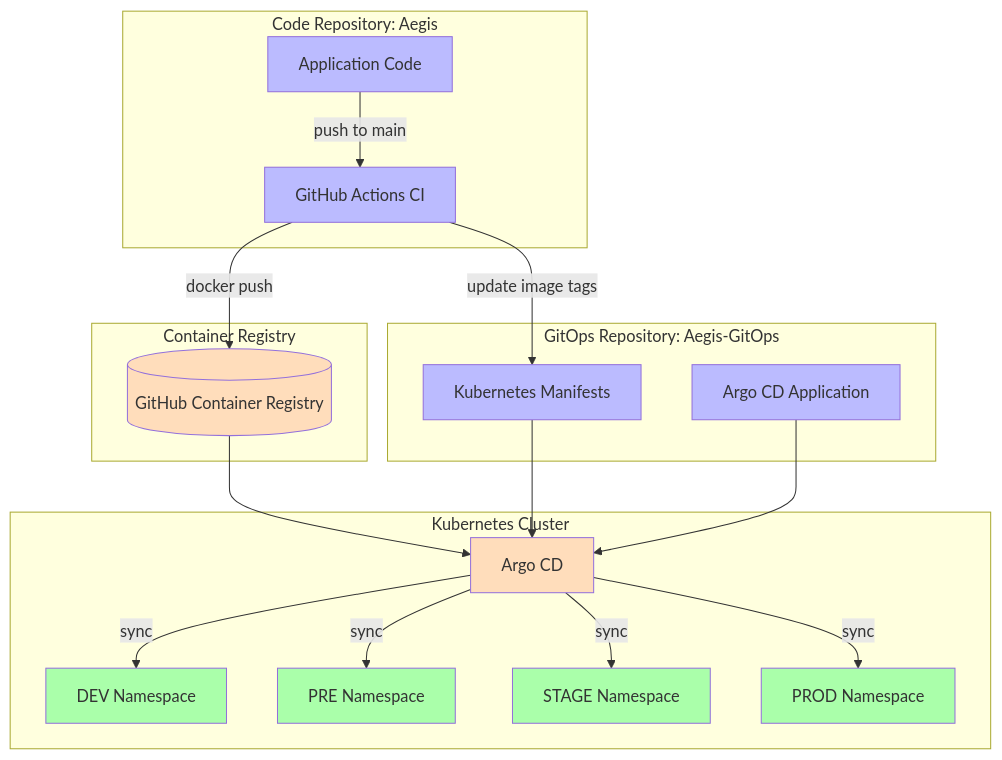
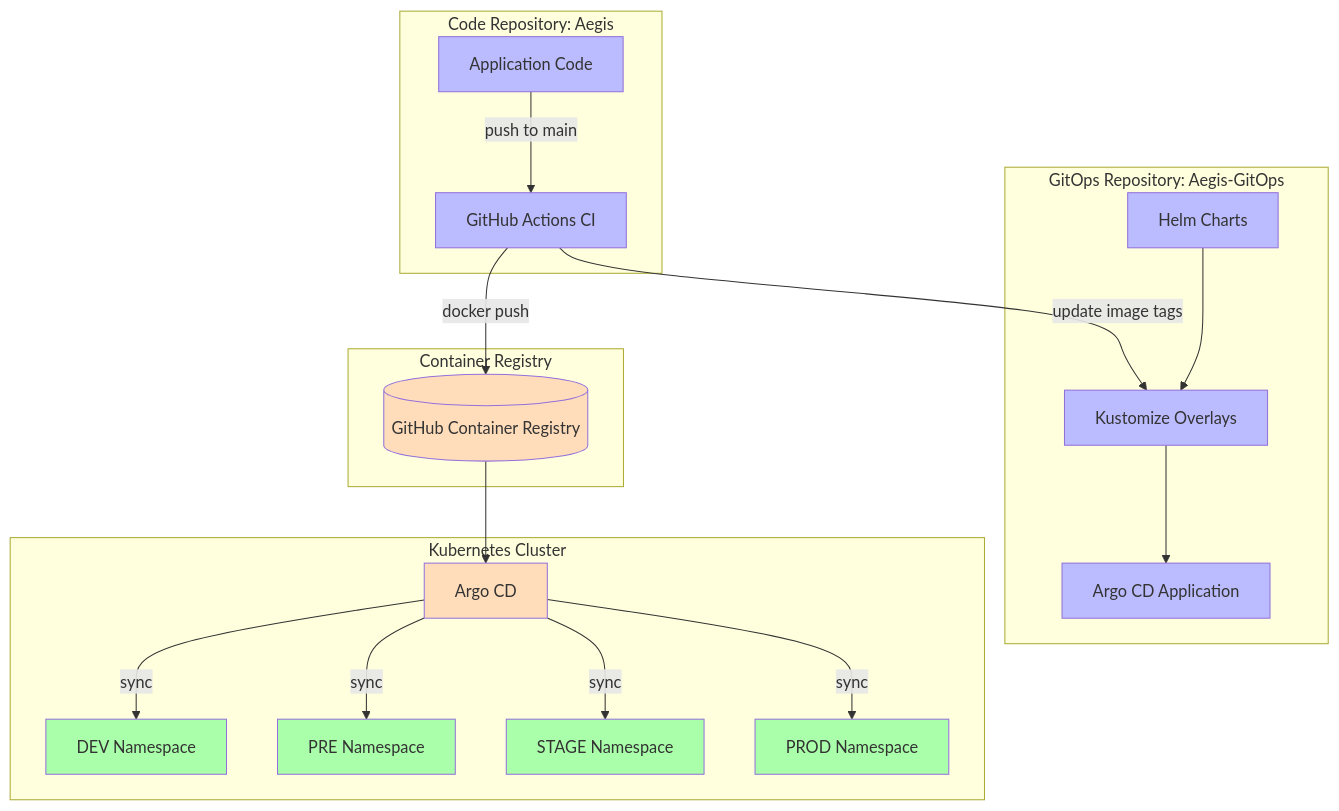
The first of 3 diagrams in README.md (AlexAlvarezGallardo-GitHub/Aegis-GitOps), drawn with Mermaid before and after one commit. The commit also changed other lines of this file, not shown here.

Commit message:
docs: document helm charts and overlay strategy (sprint 3)

````diff
--- a/README.md
+++ b/README.md
@@ -7,46 +7,48 @@
 ```mermaid
 graph TB
     subgraph AppRepo[Code Repository: Aegis]
         AppCode[Application Code]
         CI[GitHub Actions CI]
     end
 
     subgraph Registry[Container Registry]
         GHCR[(GitHub Container Registry)]
     end
 
     subgraph GitOpsRepo[GitOps Repository: Aegis-GitOps]
-        Manifests[Kubernetes Manifests]
+        Charts[Helm Charts]
+        Overlays[Kustomize Overlays]
         ArgoApp[Argo CD Application]
     end
 
     subgraph Cluster[Kubernetes Cluster]
         ArgoCD[Argo CD]
         DEV[DEV Namespace]
         PRE[PRE Namespace]
         STAGE[STAGE Namespace]
         PROD[PROD Namespace]
     end
 
     AppCode -->|push to main| CI
     CI -->|docker push| GHCR
-    CI -->|update image tags| Manifests
+    CI -->|update image tags| Overlays
     GHCR --> ArgoCD
-    Manifests --> ArgoCD
-    ArgoApp --> ArgoCD
+    Charts --> Overlays
+    Overlays --> ArgoApp
     ArgoCD -->|sync| DEV
     ArgoCD -->|sync| PRE
     ArgoCD -->|sync| STAGE
     ArgoCD -->|sync| PROD
 
     style AppCode fill:#bbf
     style CI fill:#bbf
     style GHCR fill:#fdb
-    style Manifests fill:#bbf
+    style Charts fill:#bbf
+    style Overlays fill:#bbf
     style ArgoApp fill:#bbf
     style ArgoCD fill:#fdb
     style DEV fill:#afa
     style PRE fill:#afa
     style STAGE fill:#afa
     style PROD fill:#afa
 ```
````
